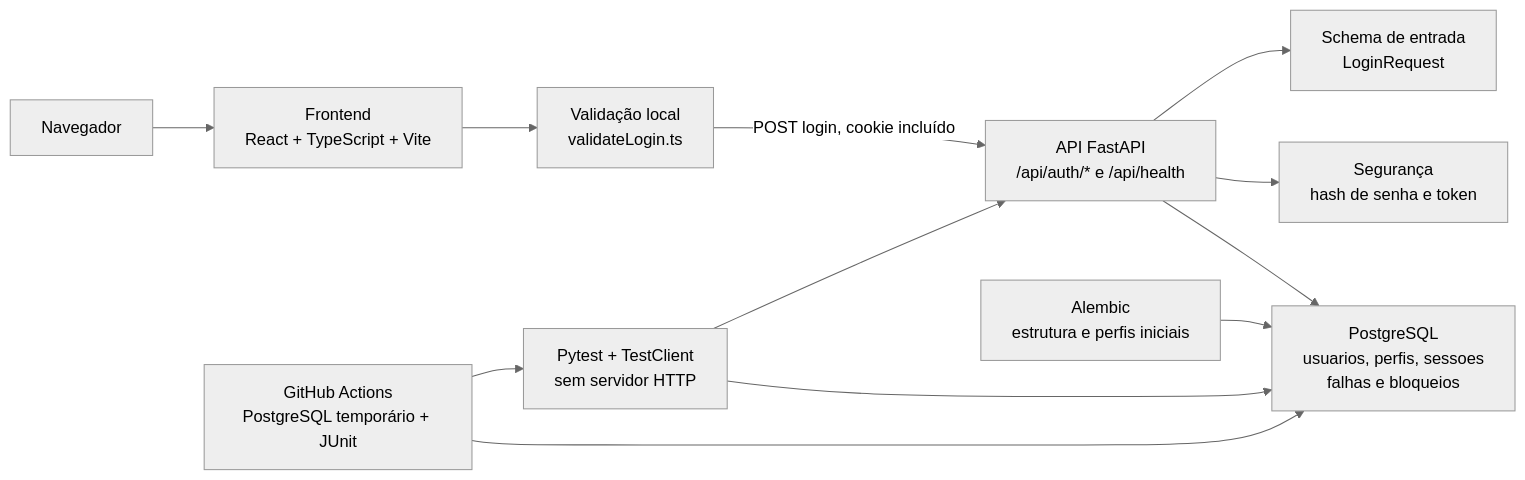
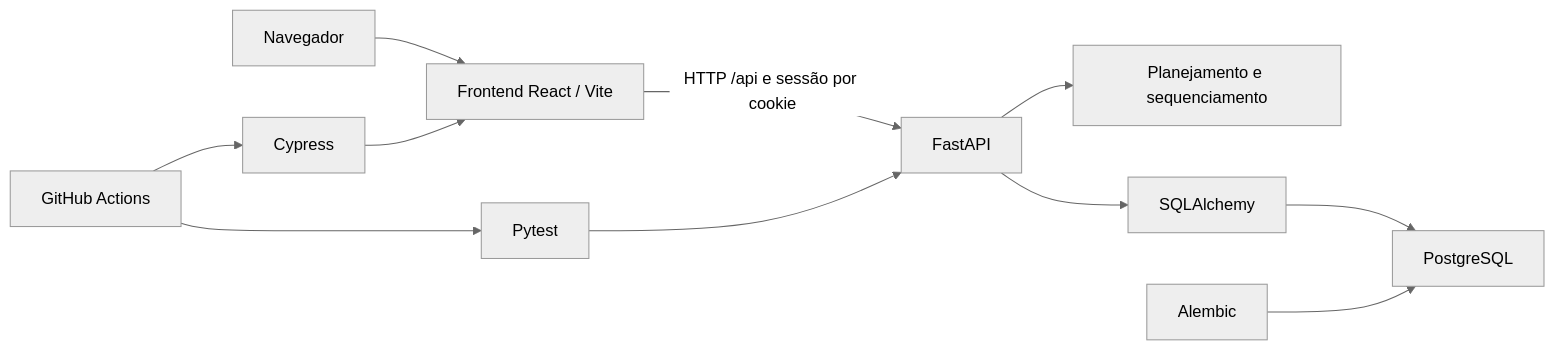
One commit to arthur-marqs/Gerencia-Projeto-2026.2 changed the first of 2 diagrams in docs/estrutura-projeto.md. Above: the diagram before and after it, drawn with Mermaid (neutral theme). The commit also changed other lines of this file and 8 other files, not shown here.

````diff
--- a/docs/estrutura-projeto.md
+++ b/docs/estrutura-projeto.md
@@ -7,25 +7,13 @@
 ```mermaid
 flowchart LR
-    browser["Navegador"]
-    ui["Frontend<br/>React + TypeScript + Vite"]
-    validation["Validação local<br/>validateLogin.ts"]
-    api["API FastAPI<br/>/api/auth/* e /api/health"]
-    schema["Schema de entrada<br/>LoginRequest"]
-    security["Segurança<br/>hash de senha e token"]
-    db["PostgreSQL<br/>usuarios, perfis, sessoes<br/>falhas e bloqueios"]
-    migrations["Alembic<br/>estrutura e perfis iniciais"]
-    tests["Pytest + TestClient<br/>sem servidor HTTP"]
-    ci["GitHub Actions<br/>PostgreSQL temporário + JUnit"]
-
-    browser --> ui
-    ui --> validation
-    validation -->|"POST login, cookie incluído"| api
-    api --> schema
-    api --> security
-    api --> db
-    migrations --> db
-    tests --> api
-    tests --> db
-    ci --> tests
-    ci --> db
+    Navegador --> UI["Frontend React / Vite"]
+    UI -->|"HTTP /api e sessão por cookie"| API["FastAPI"]
+    API --> Regras["Planejamento e sequenciamento"]
+    API --> ORM["SQLAlchemy"]
+    ORM --> Banco["PostgreSQL"]
+    Alembic --> Banco
+    CI["GitHub Actions"] --> Pytest
+    CI --> Cypress
+    Pytest --> API
+    Cypress --> UI
 ```
````
